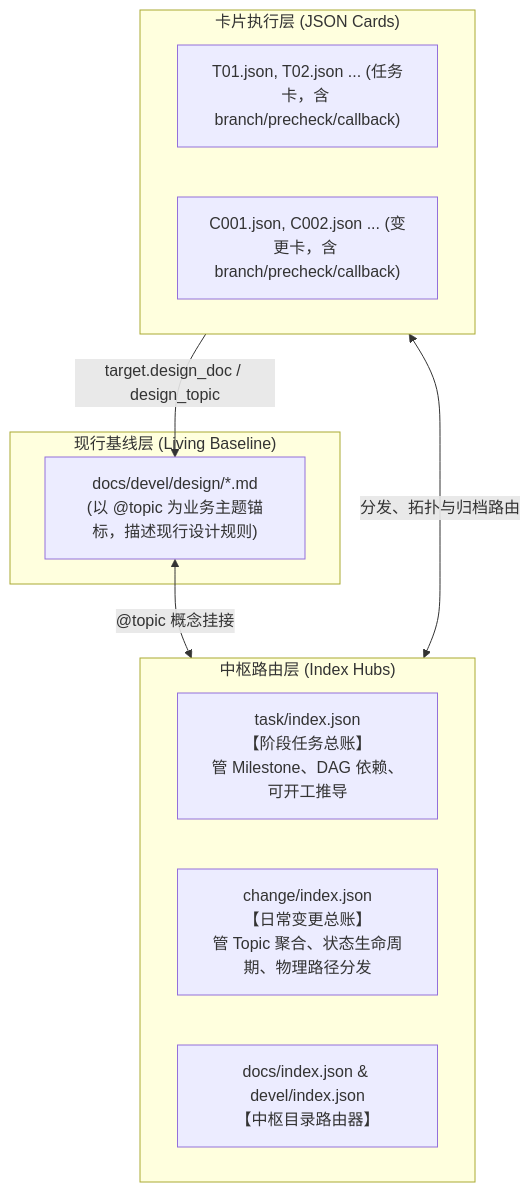
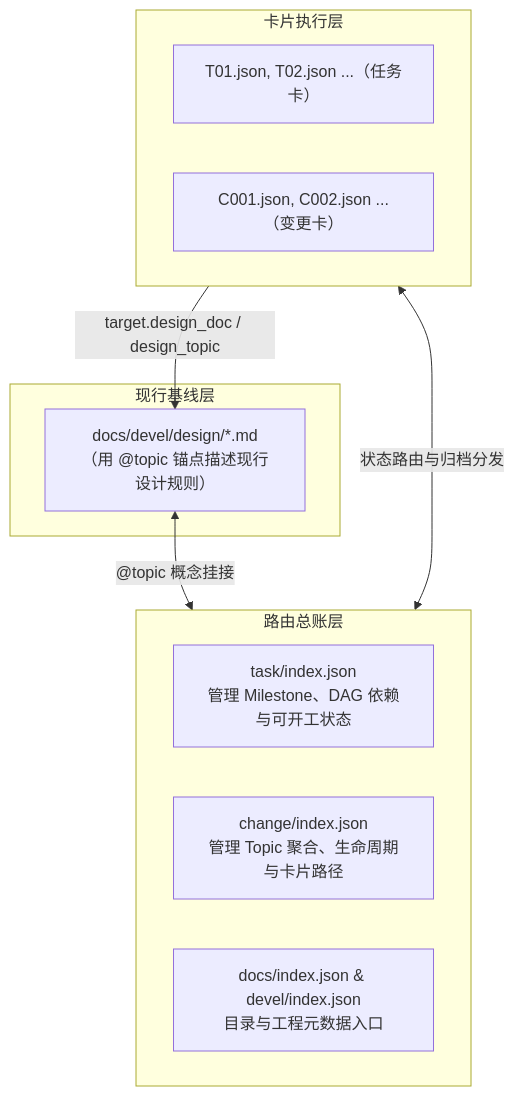
The diagram in README.md (4everSivan/ad-flow), drawn with Mermaid before and after one commit. The commit also changed other lines of this file and 2 other files, not shown here.

````diff
--- a/README.md
+++ b/README.md
@@ -75,21 +130,21 @@
 ```mermaid
 flowchart TD
-    subgraph BaselineLayer["现行基线层 (Living Baseline)"]
-        D["docs/devel/design/*.md\n(以 @topic 为业务主题锚标，描述现行设计规则)"]
+    subgraph BaselineLayer["现行基线层"]
+        D["docs/devel/design/*.md\n（用 @topic 锚点描述现行设计规则）"]
     end
 
-    subgraph HubLayer["中枢路由层 (Index Hubs)"]
-        THub["task/index.json\n【阶段任务总账】\n管 Milestone、DAG 依赖、可开工推导"]
-        CHub["change/index.json\n【日常变更总账】\n管 Topic 聚合、状态生命周期、物理路径分发"]
-        TopHub["docs/index.json & devel/index.json\n【中枢目录路由器】"]
+    subgraph HubLayer["路由总账层"]
+        THub["task/index.json\n管理 Milestone、DAG 依赖与可开工状态"]
+        CHub["change/index.json\n管理 Topic 聚合、生命周期与卡片路径"]
+        TopHub["docs/index.json & devel/index.json\n目录与工程元数据入口"]
     end
 
-    subgraph ItemLayer["卡片执行层 (JSON Cards)"]
-        TCards["T01.json, T02.json ... (任务卡，含 branch/precheck/callback)"]
-        CCards["C001.json, C002.json ... (变更卡，含 branch/precheck/callback)"]
+    subgraph ItemLayer["卡片执行层"]
+        TCards["T01.json, T02.json ...（任务卡）"]
+        CCards["C001.json, C002.json ...（变更卡）"]
     end
 
     D <-->|"@topic 概念挂接"| HubLayer
-    HubLayer <-->|"分发、拓扑与归档路由"| ItemLayer
+    HubLayer <-->|"状态路由与归档分发"| ItemLayer
     ItemLayer -->|"target.design_doc / design_topic"| D
 ```
````
